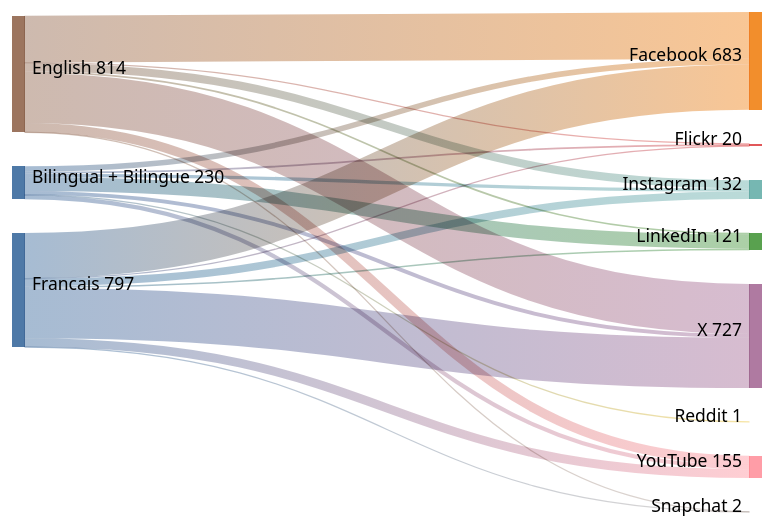
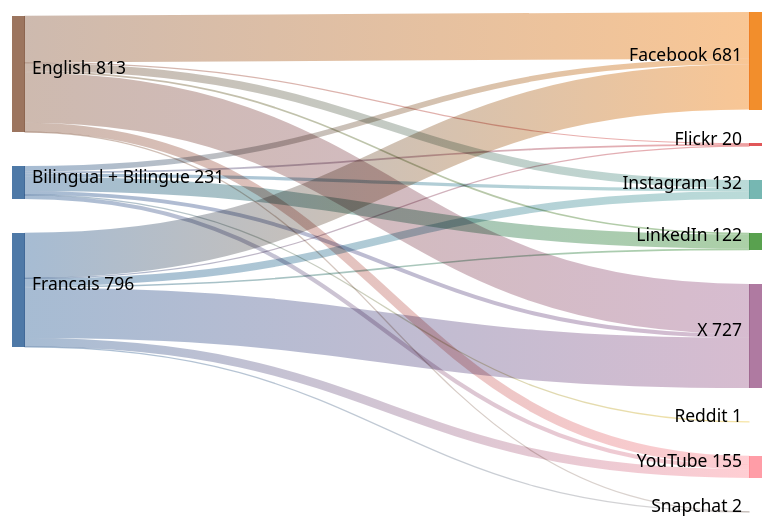
The diagram in sankey_diagram.md (PatLittle/GC-Socials), drawn with Mermaid (forest theme) before and after one commit.

Commit message:
Update Sankey diagram for the most recent day

````diff
--- a/sankey_diagram.md
+++ b/sankey_diagram.md
@@ -1,24 +1,24 @@
 ```mermaid
 sankey-beta
   Bilingual + Bilingue,Facebook,39
   Bilingual + Bilingue,Flickr,13
   Bilingual + Bilingue,Instagram,23
-  Bilingual + Bilingue,LinkedIn,98
+  Bilingual + Bilingue,LinkedIn,99
   Bilingual + Bilingue,Reddit,1
   Bilingual + Bilingue,X,27
   Bilingual + Bilingue,YouTube,29
-  English,Facebook,327
+  English,Facebook,326
   English,Flickr,4
   English,Instagram,56
   English,LinkedIn,12
   English,Snapchat,1
   English,X,349
   English,YouTube,65
-  Francais,Facebook,317
+  Francais,Facebook,316
   Francais,Flickr,3
   Francais,Instagram,53
   Francais,LinkedIn,11
   Francais,Snapchat,1
   Francais,X,351
   Francais,YouTube,61
 ```
````
